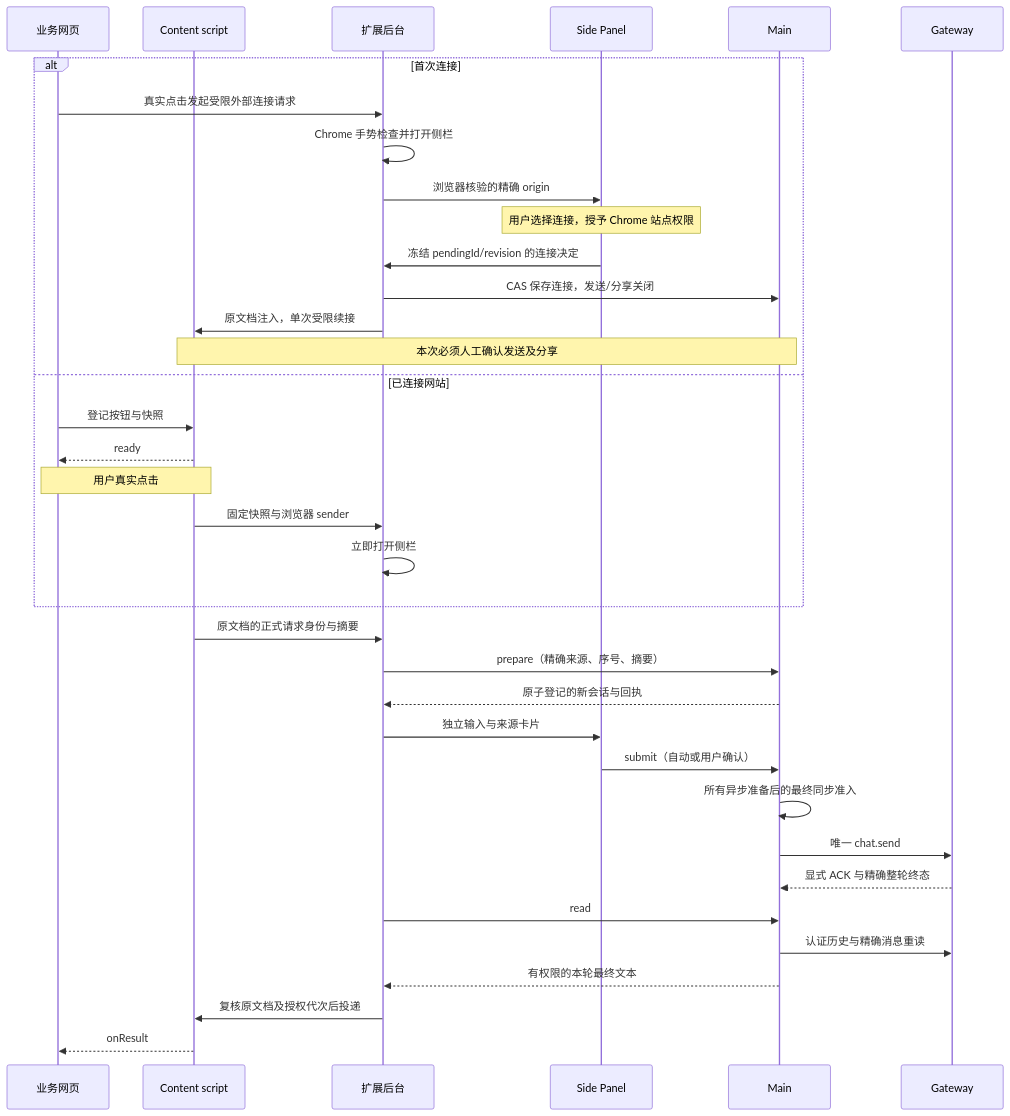
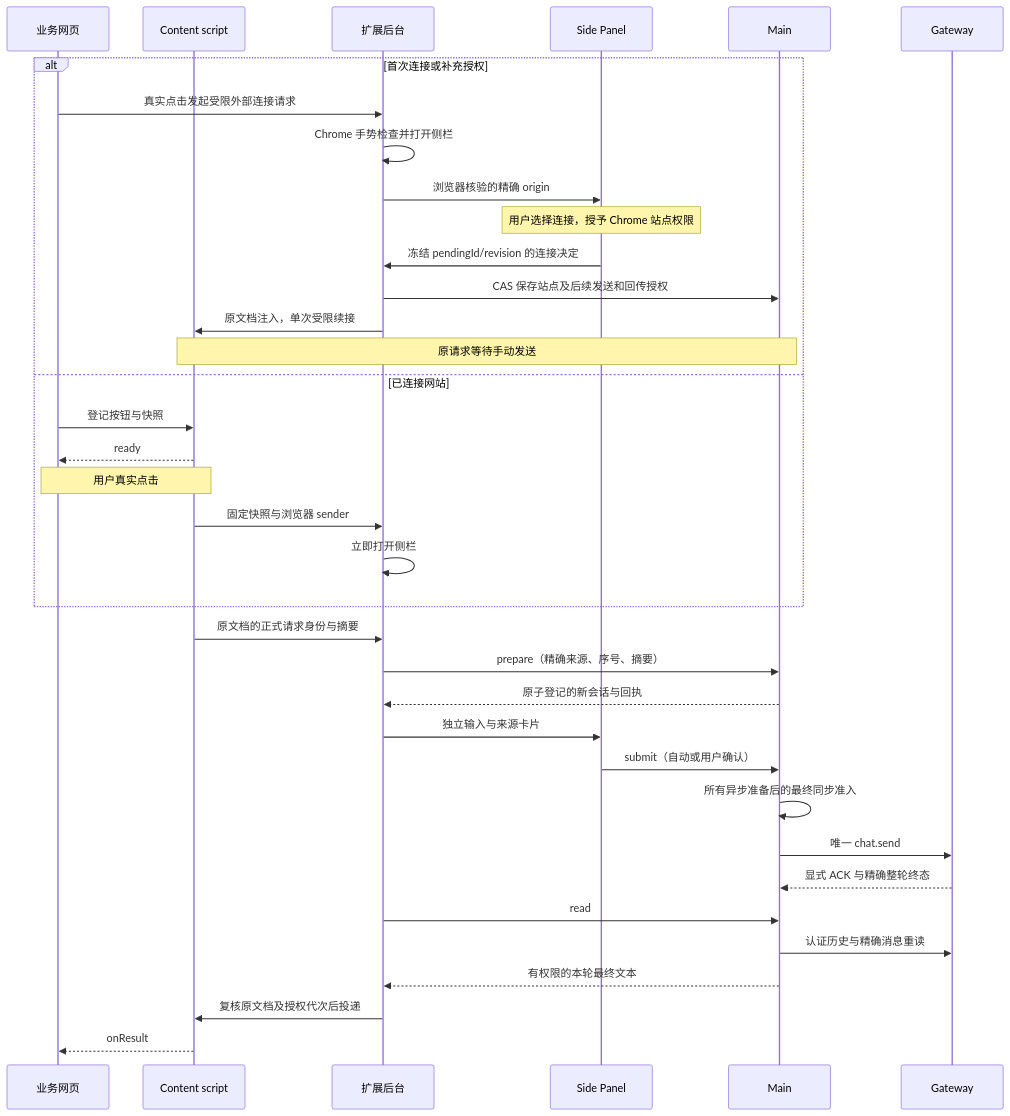
Before and after one commit to liangxhao/JustDo: the diagram in docs/plugins/chrome-extensions/chrome-assistant/website-launch.md, drawn with Mermaid. The commit also changed other lines of this file and 35 other files, not shown here.

````diff
--- a/docs/plugins/chrome-extensions/chrome-assistant/website-launch.md
+++ b/docs/plugins/chrome-extensions/chrome-assistant/website-launch.md
@@ -80,38 +85,38 @@
 ```mermaid
 sequenceDiagram
   participant W as 业务网页
   participant C as Content script
   participant B as 扩展后台
   participant P as Side Panel
   participant M as Main
   participant G as Gateway
-  alt 首次连接
+  alt 首次连接或补充授权
     W->>B: 真实点击发起受限外部连接请求
     B->>B: Chrome 手势检查并打开侧栏
     B->>P: 浏览器核验的精确 origin
     Note over P: 用户选择连接，授予 Chrome 站点权限
     P->>B: 冻结 pendingId/revision 的连接决定
-    B->>M: CAS 保存连接，发送/分享关闭
+    B->>M: CAS 保存站点及后续发送和回传授权
     B->>C: 原文档注入，单次受限续接
-    Note over C,M: 本次必须人工确认发送及分享
+    Note over C,M: 原请求等待手动发送
   else 已连接网站
     W->>C: 登记按钮与快照
     C-->>W: ready
     Note over W,C: 用户真实点击
     C->>B: 固定快照与浏览器 sender
     B->>B: 立即打开侧栏
   end
   C->>B: 原文档的正式请求身份与摘要
   B->>M: prepare（精确来源、序号、摘要）
   M-->>B: 原子登记的新会话与回执
   B->>P: 独立输入与来源卡片
   P->>M: submit（自动或用户确认）
   M->>M: 所有异步准备后的最终同步准入
   M->>G: 唯一 chat.send
   G-->>M: 显式 ACK 与精确整轮终态
   B->>M: read
   M->>G: 认证历史与精确消息重读
   M-->>B: 有权限的本轮最终文本
   B->>C: 复核原文档及授权代次后投递
   C-->>W: onResult
 ```
````
